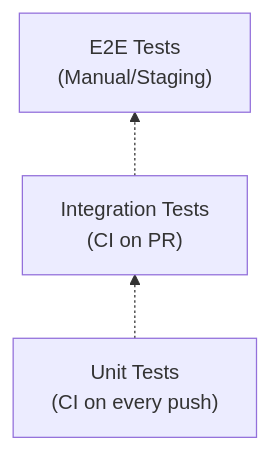
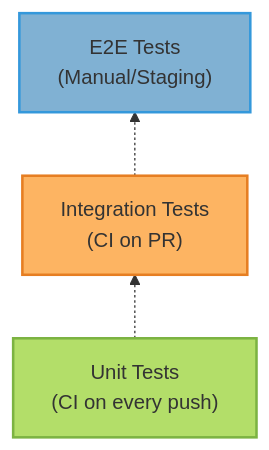
Before and after one commit to vishnu2kmohan/mcp-server-langgraph: the second of 2 diagrams in docs/reference/development/ci-cd.mdx, drawn with Mermaid. The commit also changed other lines of this file and 13 other files, not shown here.

First line of the commit message:
docs: apply ColorBrewer2 Set3 styling to all remaining diagrams and enforce standards

````diff
--- a/docs/reference/development/ci-cd.mdx
+++ b/docs/reference/development/ci-cd.mdx
@@ -355,10 +372,18 @@
 ```mermaid
 flowchart BT
     A["Unit Tests<br/>(CI on every push)"]
     B["Integration Tests<br/>(CI on PR)"]
     C["E2E Tests<br/>(Manual/Staging)"]
 
     A -.-> B
     B -.-> C
 
+    %% ColorBrewer2 Set3 palette - each component type uniquely colored
+    classDef unitStyle fill:#b3de69,stroke:#7cb342,stroke-width:2px,color:#333
+    classDef integrationStyle fill:#fdb462,stroke:#e67e22,stroke-width:2px,color:#333
+    classDef e2eStyle fill:#80b1d3,stroke:#3498db,stroke-width:2px,color:#333
+
+    class A unitStyle
+    class B integrationStyle
+    class C e2eStyle
 ```
````
